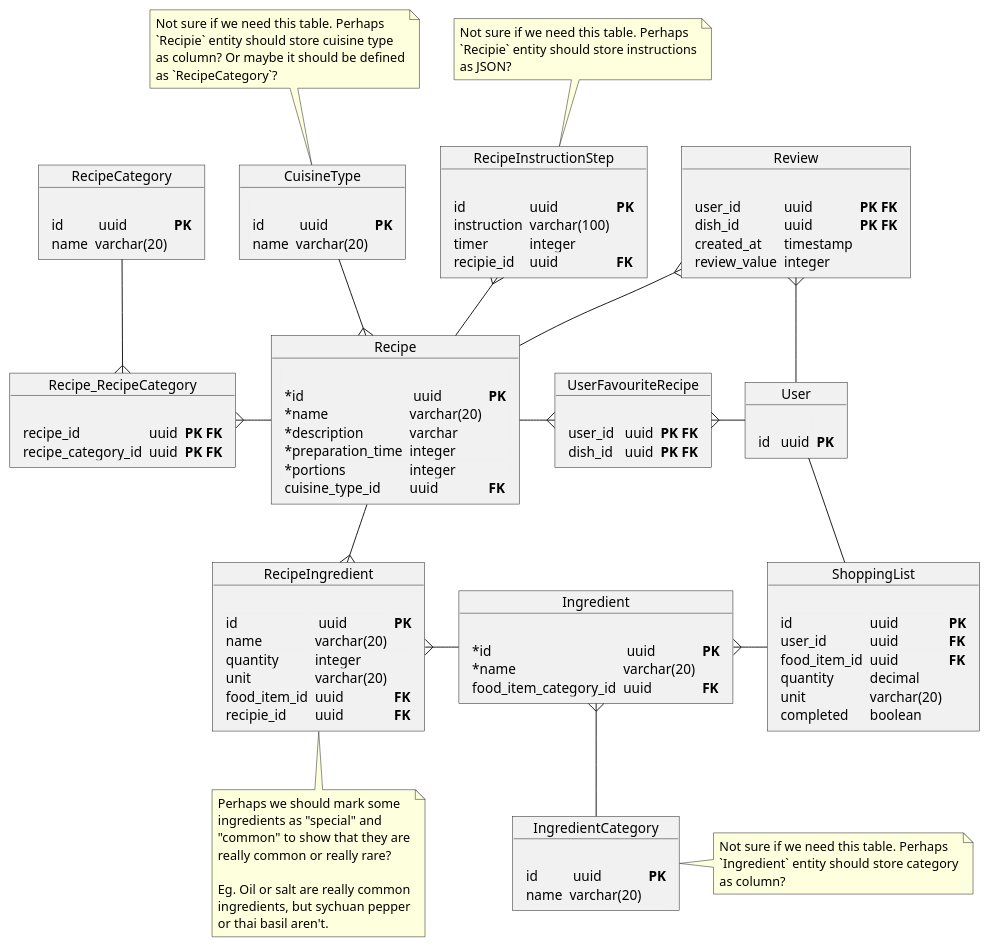
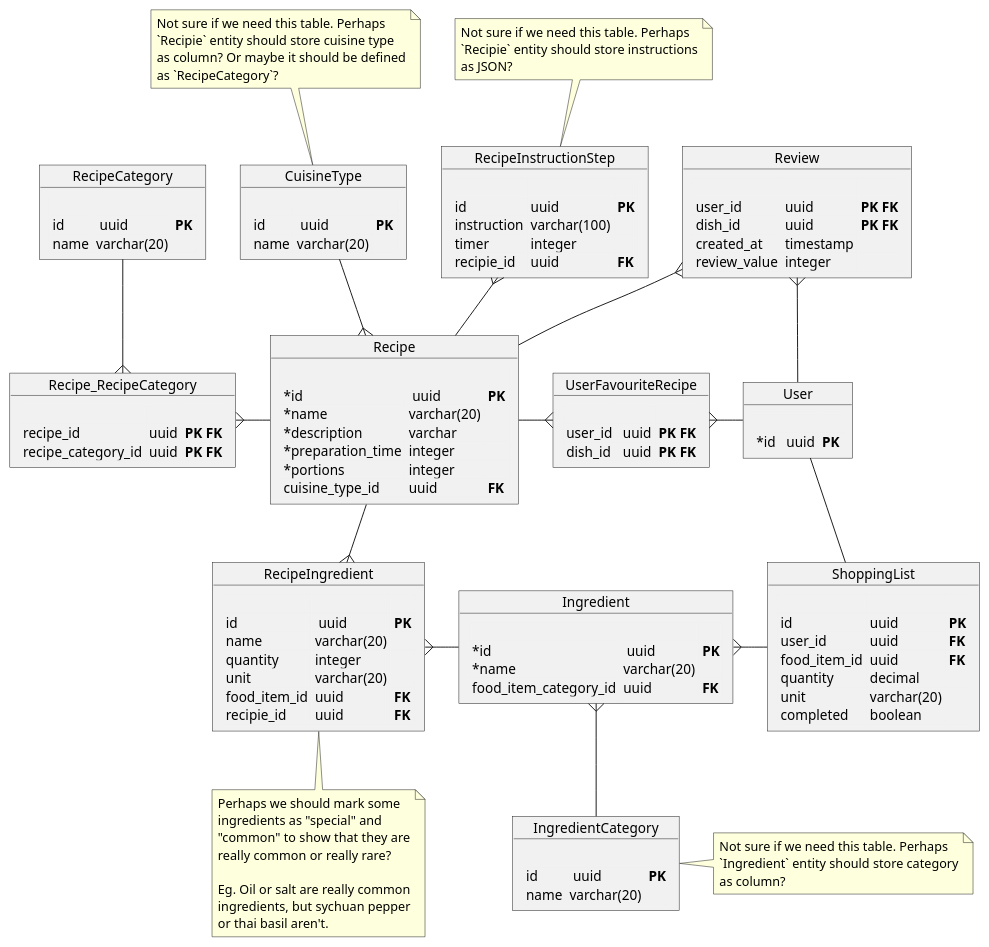
One commit to oskarski/inzynierka changed the diagram in docs/db-schema.puml. Above: the diagram before and after it, drawn with PlantUML.

Commit message:
marked user table as implemented

```diff
--- a/docs/db-schema.puml
+++ b/docs/db-schema.puml
@@ -1,133 +1,133 @@
 @startuml
 object Recipe  {
     <#F1F1F1,#F1F1F1>|= |= |= |
     | *id |  uuid | **PK** |
     | *name | varchar(20) |
     | *description | varchar |
     | *preparation_time | integer |
     | *portions | integer |
     | cuisine_type_id | uuid | **FK** |
 }
 
 object RecipeInstructionStep {
     <#F1F1F1,#F1F1F1>|= |= |= |
     | id | uuid | **PK** |
     | instruction | varchar(100) |
     | timer | integer |
     | recipie_id | uuid | **FK** |
 }
 
 note top of RecipeInstructionStep
     Not sure if we need this table. Perhaps
     `Recipie` entity should store instructions
     as JSON?
 end note
 
 object RecipeIngredient {
   <#F1F1F1,#F1F1F1>|= |= |= |
     | id |  uuid | **PK** |
     | name | varchar(20) |
     | quantity | integer |
     | unit | varchar(20) |
     | food_item_id | uuid| **FK** |
     | recipie_id | uuid | **FK** |
 }
 
 note bottom of RecipeIngredient
     Perhaps we should mark some
     ingredients as "special" and
     "common" to show that they are
     really common or really rare?
 
     Eg. Oil or salt are really common
     ingredients, but sychuan pepper
     or thai basil aren't.
 end note
 
 object Ingredient {
   <#F1F1F1,#F1F1F1>|= |= |= |
     | *id |  uuid | **PK** |
     | *name | varchar(20) |
     | food_item_category_id | uuid | **FK** |
 }
 
 object IngredientCategory {
   <#F1F1F1,#F1F1F1>|= |= |= |
     | id |  uuid | **PK** |
     | name | varchar(20) |
 }
 
 note right of IngredientCategory
     Not sure if we need this table. Perhaps
     `Ingredient` entity should store category
     as column?
 end note
 
 object CuisineType {
     <#F1F1F1,#F1F1F1>|= |= |= |
     | id |  uuid | **PK** |
     | name | varchar(20) |
 }
 
 note top of CuisineType
     Not sure if we need this table. Perhaps
     `Recipie` entity should store cuisine type
     as column? Or maybe it should be defined
     as `RecipeCategory`?
 end note
 
 object RecipeCategory {
     <#F1F1F1,#F1F1F1>|= |= |= |
     | id |  uuid | **PK** |
     | name | varchar(20) |
 }
 
 object Recipe_RecipeCategory {
     <#F1F1F1,#F1F1F1>|= |= |= |
     | recipe_id | uuid | **PK FK** |
     | recipe_category_id | uuid | **PK FK** |
 }
 
 object User {
     <#F1F1F1,#F1F1F1>|= |= |= |
-    | id |  uuid | **PK** |
+    | *id |  uuid | **PK** |
 }
 
 object UserFavouriteRecipe {
     <#F1F1F1,#F1F1F1>|= |= |= |
     | user_id |  uuid | **PK FK** |
     | dish_id |  uuid | **PK FK** |
 }
 
 object Review {
     <#F1F1F1,#F1F1F1>|= |= |= |
     | user_id | uuid | **PK FK** |
     | dish_id | uuid | **PK FK** |
     | created_at | timestamp | |
     | review_value | integer | |
 }
 
 object ShoppingList {
     <#F1F1F1,#F1F1F1>|= |= |= |
     | id | uuid | **PK** |
     | user_id | uuid | **FK** |
     | food_item_id | uuid | **FK** |
     | quantity | decimal | |
     | unit | varchar(20) | |
     | completed | boolean | |
 }
 
 Recipe -down-{ RecipeIngredient
 RecipeInstructionStep }-- Recipe
 RecipeIngredient }-right- Ingredient
 Ingredient }-- IngredientCategory
 Recipe }-up- CuisineType
 Recipe -left-{ Recipe_RecipeCategory
 Recipe_RecipeCategory }-up- RecipeCategory
 Recipe -right-{ UserFavouriteRecipe
 UserFavouriteRecipe }-right- User
 Recipe -up-{ Review
 Review }-down- User
 User -- ShoppingList
 ShoppingList -left-{ Ingredient
 @enduml
```
